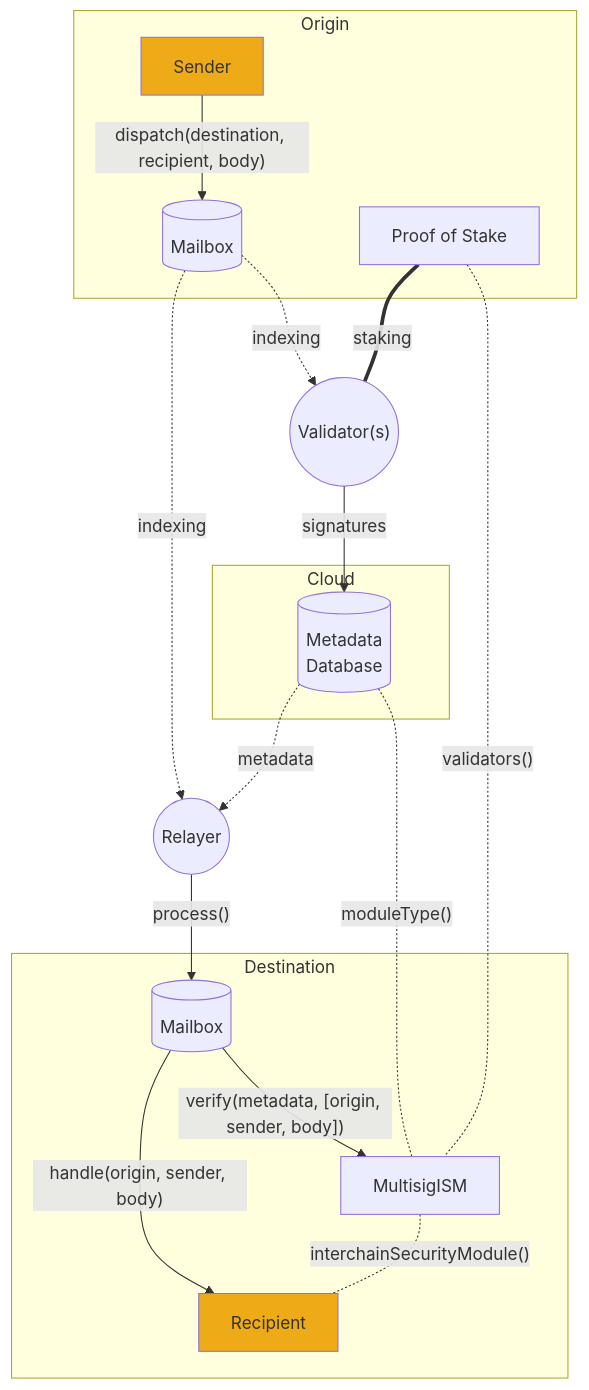
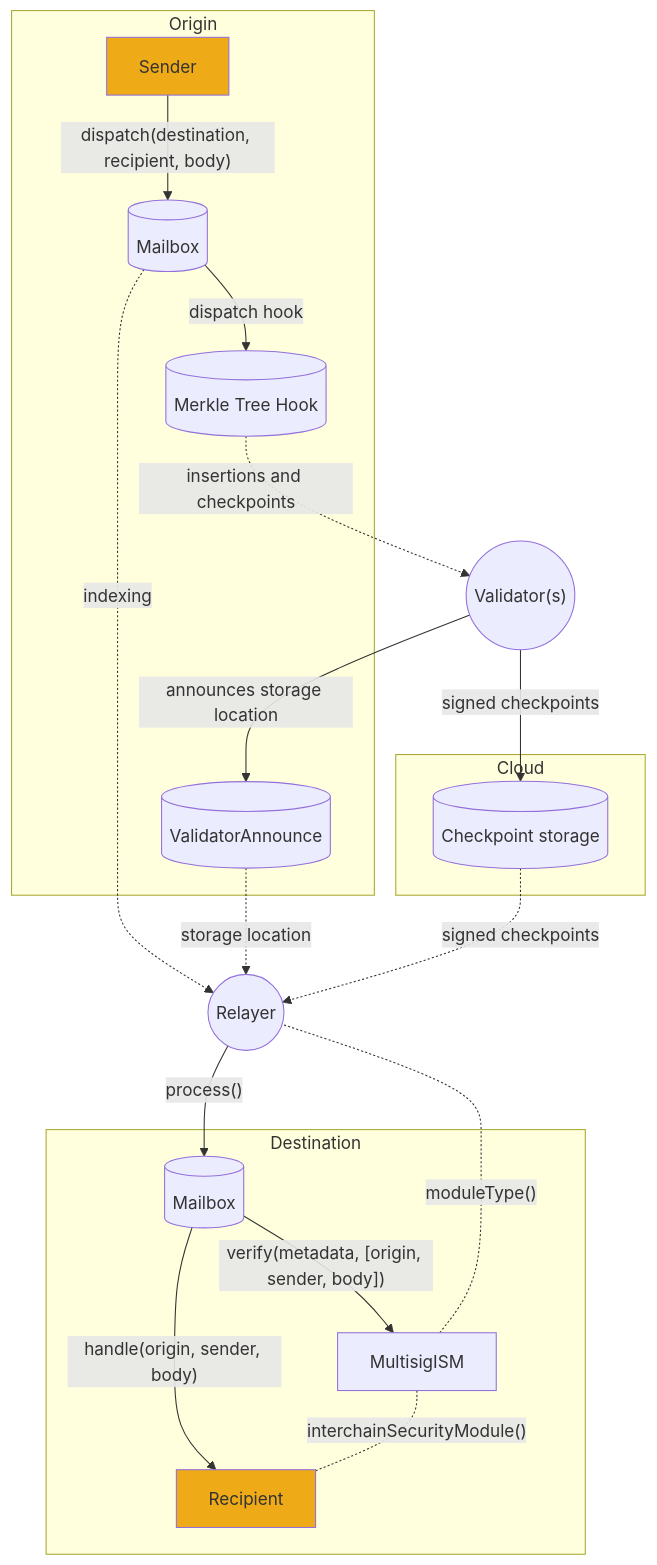
One commit to hyperlane-xyz/v4-docs changed the diagram in docs/operate/validators/run-validators.mdx. Above: the diagram before and after it, drawn with Mermaid. The commit also changed other lines of this file and 13 other files, not shown here.

````diff
--- a/docs/operate/validators/run-validators.mdx
+++ b/docs/operate/validators/run-validators.mdx
@@ -419,45 +397,46 @@
 ```mermaid
 flowchart TB
     V(("Validator(s)"))
     Relayer((Relayer))
 
     subgraph Origin
       Sender
       M_O[(Mailbox)]
-      POS[Proof of Stake]
+      MTH[(Merkle Tree Hook)]
+      ANN[(ValidatorAnnounce)]
 
       Sender -- "dispatch(destination, recipient, body)" --> M_O
+      M_O -- "dispatch hook" --> MTH
     end
 
     subgraph Cloud
-      aws[(Metadata<br>Database)]
+      storage[(Checkpoint storage)]
     end
 
     M_O -. "indexing" .-> Relayer
-    M_O -. "indexing" .-> V
-    POS == "staking" === V
+    MTH -. "insertions and checkpoints" .-> V
+    V -- "announces storage location" --> ANN
 
-    V -- "signatures" --> aws
+    V -- "signed checkpoints" --> storage
 
     subgraph Destination
       Recipient
       M_D[(Mailbox)]
       ISM[MultisigISM]
 
       M_D -- "verify(metadata, [origin, sender, body])" --> ISM
       M_D -- "handle(origin, sender, body)" --> Recipient
       ISM -. "interchainSecurityModule()" .- Recipient
     end
 
     Relayer -- "process()" --> M_D
 
-    aws -. "metadata" .-> Relayer
-    aws -. "moduleType()" .- ISM
-
-    POS -. "validators()" .- ISM
+    ANN -. "storage location" .-> Relayer
+    storage -. "signed checkpoints" .-> Relayer
+    ISM -. "moduleType()" .- Relayer
 
     click ISM https://github.com/hyperlane-xyz/hyperlane-monorepo/blob/main/solidity/contracts/interfaces/isms/IMultisigIsm.sol
 
     style Sender fill:#efab17
     style Recipient fill:#efab17
 ```
````
